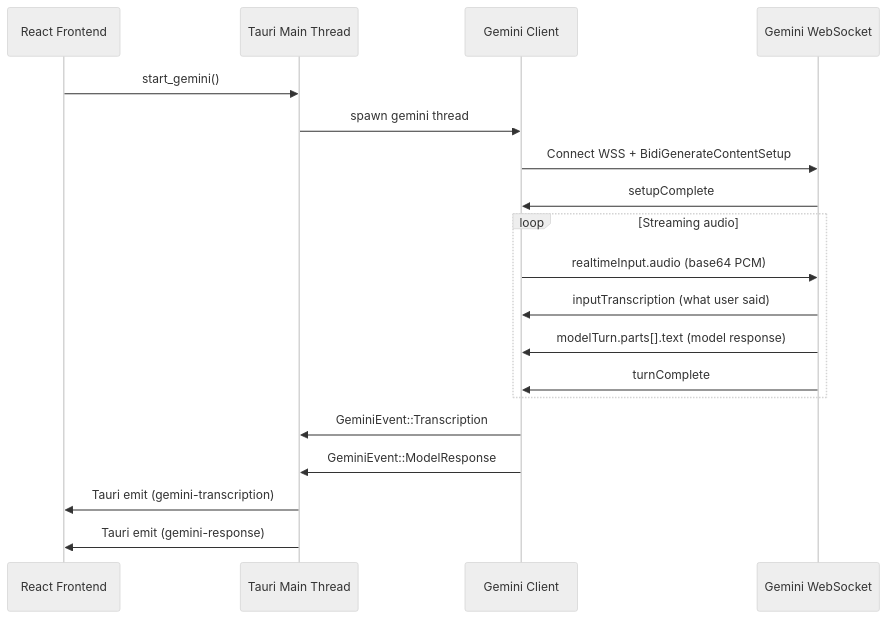
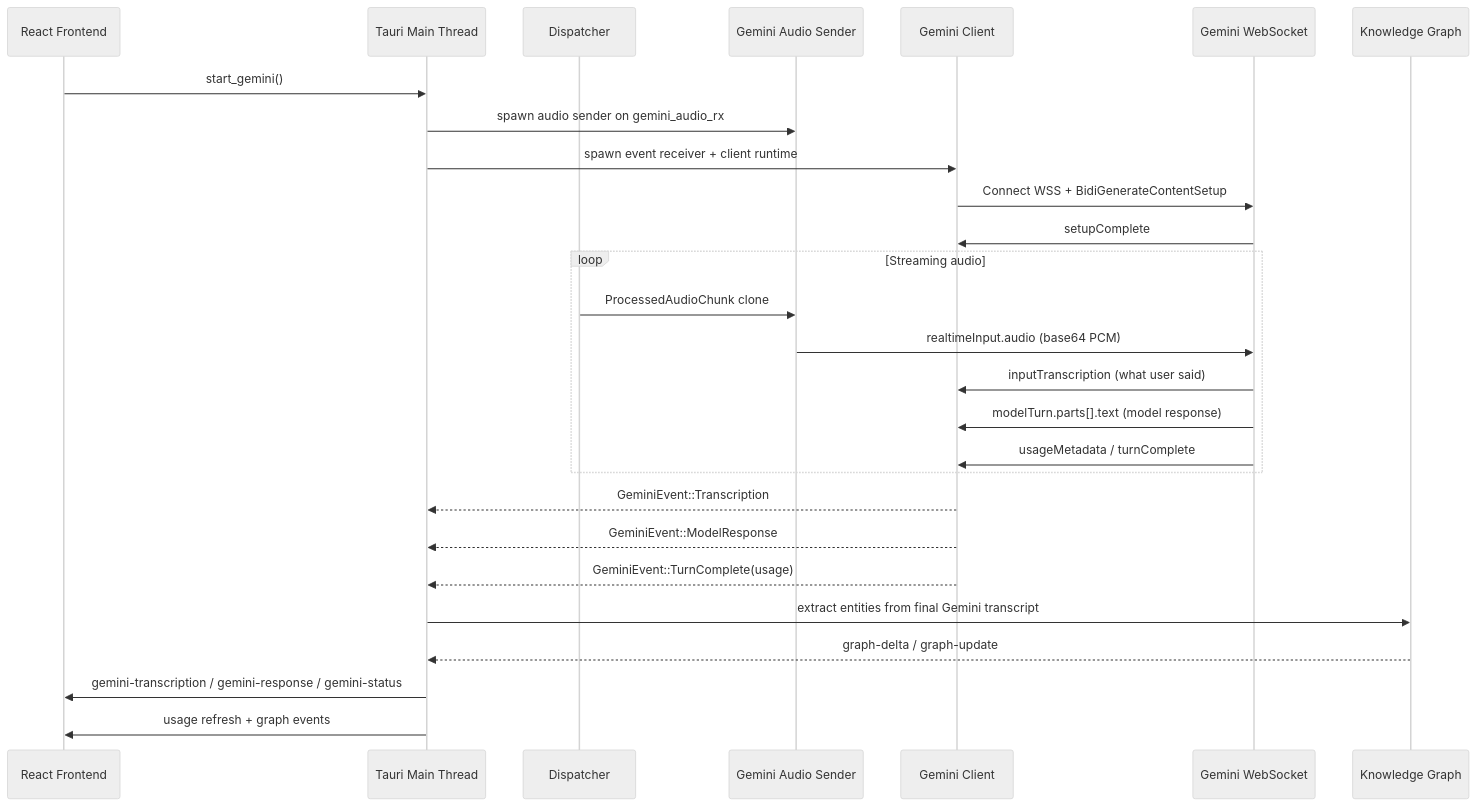
The sixth of 10 diagrams in docs/ARCHITECTURE.md (Codeseys-Labs/audio-graph), drawn with Mermaid (neutral theme) before and after one commit. The commit also changed other lines of this file and 17 other files, not shown here.

````diff
--- a/docs/ARCHITECTURE.md
+++ b/docs/ARCHITECTURE.md
@@ -390,24 +579,32 @@
 ```mermaid
 sequenceDiagram
     participant UI as React Frontend
     participant Main as Tauri Main Thread
+    participant Disp as Dispatcher
+    participant Audio as Gemini Audio Sender
     participant Gemini as Gemini Client
     participant WS as Gemini WebSocket
+    participant Graph as Knowledge Graph
 
     UI->>Main: start_gemini()
-    Main->>Gemini: spawn gemini thread
+    Main->>Audio: spawn audio sender on gemini_audio_rx
+    Main->>Gemini: spawn event receiver + client runtime
     Gemini->>WS: Connect WSS + BidiGenerateContentSetup
     WS->>Gemini: setupComplete
 
     loop Streaming audio
-        Gemini->>WS: realtimeInput.audio (base64 PCM)
+        Disp->>Audio: ProcessedAudioChunk clone
+        Audio->>WS: realtimeInput.audio (base64 PCM)
         WS->>Gemini: inputTranscription (what user said)
         WS->>Gemini: modelTurn.parts[].text (model response)
-        WS->>Gemini: turnComplete
+        WS->>Gemini: usageMetadata / turnComplete
     end
 
-    Gemini->>Main: GeminiEvent::Transcription
-    Gemini->>Main: GeminiEvent::ModelResponse
-    Main->>UI: Tauri emit (gemini-transcription)
-    Main->>UI: Tauri emit (gemini-response)
+    Gemini-->>Main: GeminiEvent::Transcription
+    Gemini-->>Main: GeminiEvent::ModelResponse
+    Gemini-->>Main: GeminiEvent::TurnComplete(usage)
+    Main->>Graph: extract entities from final Gemini transcript
+    Graph-->>Main: graph-delta / graph-update
+    Main->>UI: gemini-transcription / gemini-response / gemini-status
+    Main->>UI: usage refresh + graph events
 ```
````
